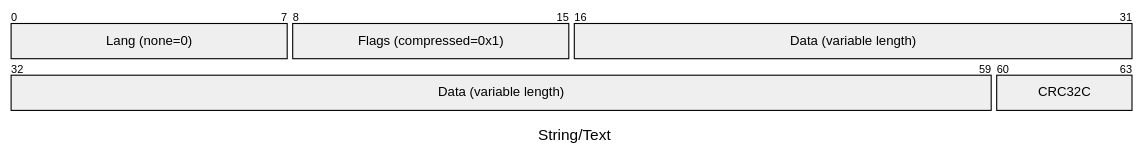
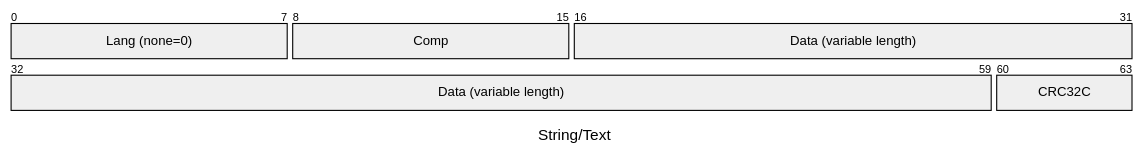
Before and after one commit to atelier-saulx/based: the first of 2 diagrams in packages/db/README_Text.md, drawn with Mermaid. The commit also changed other lines of this file, not shown here.

````diff
--- a/packages/db/README_Text.md
+++ b/packages/db/README_Text.md
@@ -56,8 +59,8 @@
 ```mermaid
 packet-beta
 title String/Text
 0-7: "Lang (none=0)"
-8-15: "Flags (compressed=0x1)"
+8-15: "Comp"
 16-59: "Data (variable length)"
 60-63: "CRC32C"
 ```
````
